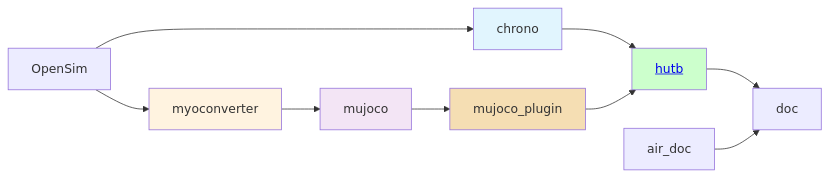
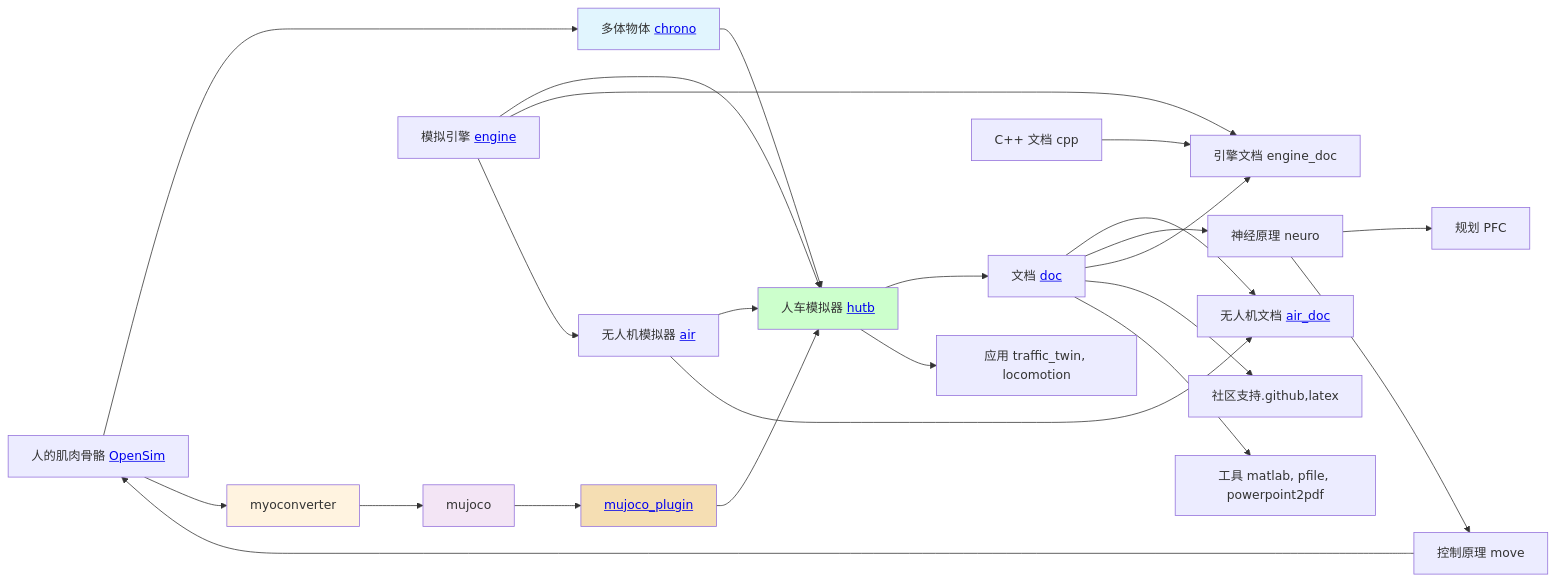
Before and after one commit to OpenHUTB/.github: the diagram in README.md, drawn with Mermaid.

Commit message:
添加项目关系图

````diff
--- a/README.md
+++ b/README.md
@@ -22,17 +22,31 @@
 ```mermaid
 graph LR
-    A[OpenSim] --> B[chrono]
-    B --> C[<a href='http://google.com'>hutb</a>]
+    A[人的肌肉骨骼 <a href='https://github.com/OpenHUTB/opensim-core'>OpenSim</a>] --> B[多体物体 <a href='https://github.com/OpenHUTB/chrono'>chrono</a>]
+    B --> C[人车模拟器 <a href='https://github.com/OpenHUTB'>hutb</a>]
     A --> D[myoconverter]
     D --> E[mujoco]
-    E --> F[mujoco_plugin]
+    E --> F[<a href='https://github.com/OpenHUTB/mujoco_plugin'>mujoco_plugin</a>]
     F --> C
-    C --> G[doc]
-    H[air_doc] --> G
-    
+    C --> G[文档 <a href='https://github.com/OpenHUTB'>doc</a>]
+    G --> H[无人机文档 <a href='https://github.com/OpenHUTB'>air_doc</a>]
+    G --> I[神经原理 neuro]
+    I --> J[规划 PFC]
+    I --> K[控制原理 move]
+    K --> A
+    L[模拟引擎 <a href='https://github.com/OpenHUTB/engine'>engine</a>] --> C
+    L --> M[引擎文档 engine_doc]
+    G --> M
+    L --> N[无人机模拟器 <a href='https://github.com/OpenHUTB/air'>air</a>]
+    N --> C
+    N --> H
+    G --> O[社区支持.github,latex]
+    G --> Q[工具 matlab, pfile, powerpoint2pdf]
+    P[C++ 文档 cpp] --> M
+    C --> R[应用 traffic_twin, locomotion]
+
     style B fill:#e1f5fe
     style C fill:#ccffcc
     style D fill:#fff3e0
     style E fill:#f3e5f5
     style F fill:#F5DEB3
 ```
````
